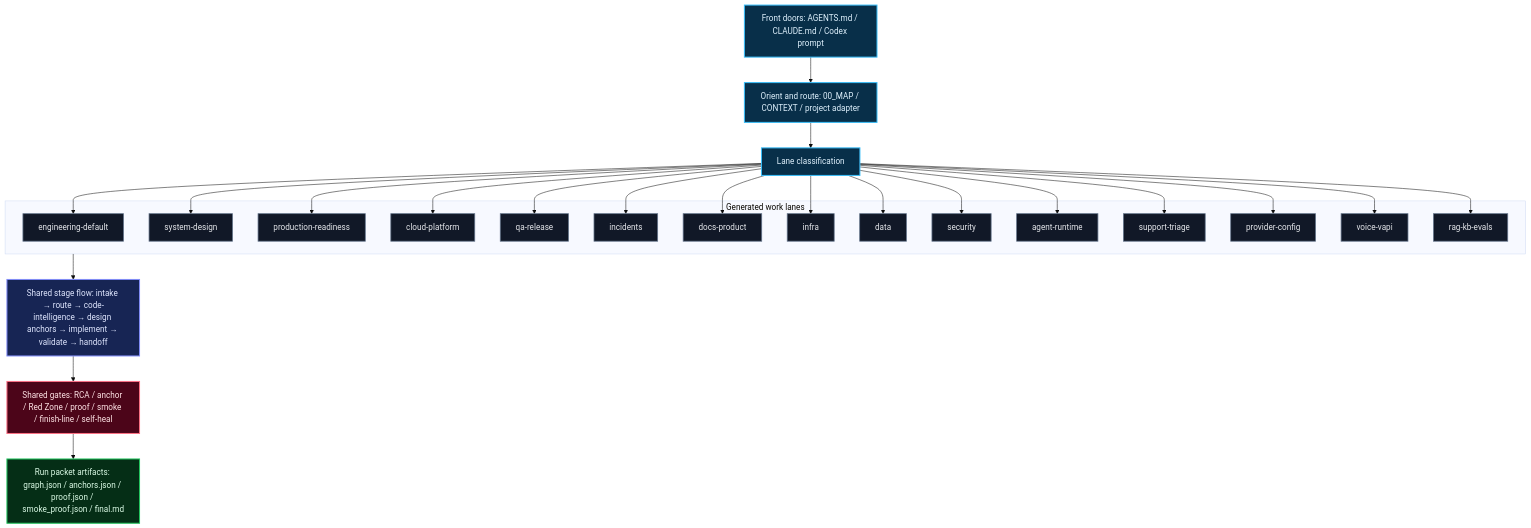
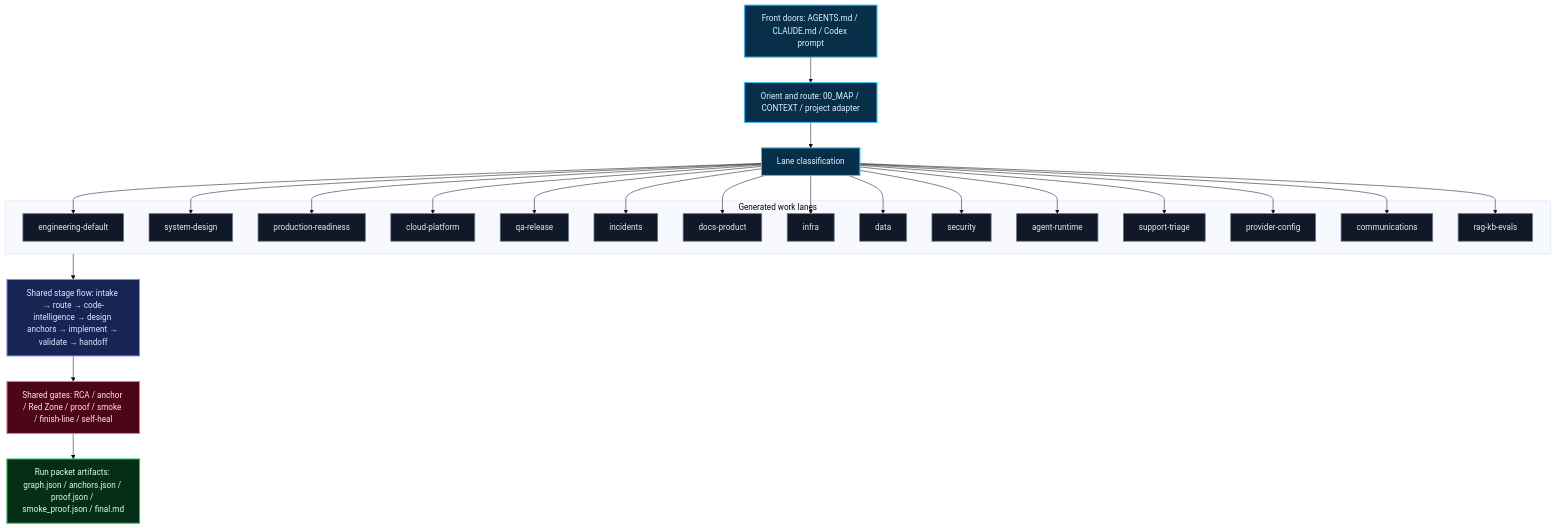
Before and after one commit to nickcarmonadigital/valdris-sdlc-harness: the third of 6 diagrams in docs/REPO_MERMAID_MAPS.md, drawn with Mermaid (base theme). The commit also changed 124 other files, not shown here.

````diff
--- a/docs/REPO_MERMAID_MAPS.md
+++ b/docs/REPO_MERMAID_MAPS.md
@@ -216,55 +216,55 @@
 ```mermaid
 flowchart TB
   classDef orient fill:#082f49,stroke:#38bdf8,color:#e0f2fe,stroke-width:2px
   classDef lane fill:#111827,stroke:#64748b,color:#e5e7eb,stroke-width:1.5px
   classDef core fill:#172554,stroke:#818cf8,color:#e0e7ff,stroke-width:2px
   classDef gate fill:#4c0519,stroke:#fb7185,color:#ffe4e6,stroke-width:2px
   classDef artifact fill:#052e16,stroke:#22c55e,color:#dcfce7,stroke-width:2px
 
   FD["Front doors: AGENTS.md / CLAUDE.md / Codex prompt"] --> ORIENT["Orient and route: 00_MAP / CONTEXT / project adapter"]
   ORIENT --> CLASSIFY["Lane classification"]
 
   subgraph LANES["Generated work lanes"]
     ENG["engineering-default"]
     DESIGN["system-design"]
     PROD["production-readiness"]
     CLOUD["cloud-platform"]
     QA["qa-release"]
     INCIDENT["incidents"]
     DOCS["docs-product"]
     INFRA["infra"]
     DATA["data"]
     SECURITY["security"]
     RUNTIME["agent-runtime"]
     SUPPORT["support-triage"]
     PROVIDER["provider-config"]
-    VOICE["voice-vapi"]
+    COMMS["communications"]
     RAG["rag-kb-evals"]
   end
 
   CLASSIFY --> ENG
   CLASSIFY --> DESIGN
   CLASSIFY --> PROD
   CLASSIFY --> CLOUD
   CLASSIFY --> QA
   CLASSIFY --> INCIDENT
   CLASSIFY --> DOCS
   CLASSIFY --> INFRA
   CLASSIFY --> DATA
   CLASSIFY --> SECURITY
   CLASSIFY --> RUNTIME
   CLASSIFY --> SUPPORT
   CLASSIFY --> PROVIDER
-  CLASSIFY --> VOICE
+  CLASSIFY --> COMMS
   CLASSIFY --> RAG
 
   LANES --> STAGES["Shared stage flow: intake → route → code-intelligence → design anchors → implement → validate → handoff"]
   STAGES --> GATES["Shared gates: RCA / anchor / Red Zone / proof / smoke / finish-line / self-heal"]
   GATES --> ARTIFACTS["Run packet artifacts: graph.json / anchors.json / proof.json / smoke_proof.json / final.md"]
 
   class FD,ORIENT,CLASSIFY orient
-  class ENG,DESIGN,PROD,CLOUD,QA,INCIDENT,DOCS,INFRA,DATA,SECURITY,RUNTIME,SUPPORT,PROVIDER,VOICE,RAG lane
+  class ENG,DESIGN,PROD,CLOUD,QA,INCIDENT,DOCS,INFRA,DATA,SECURITY,RUNTIME,SUPPORT,PROVIDER,COMMS,RAG lane
   class STAGES core
   class GATES gate
   class ARTIFACTS artifact
 ```
````
